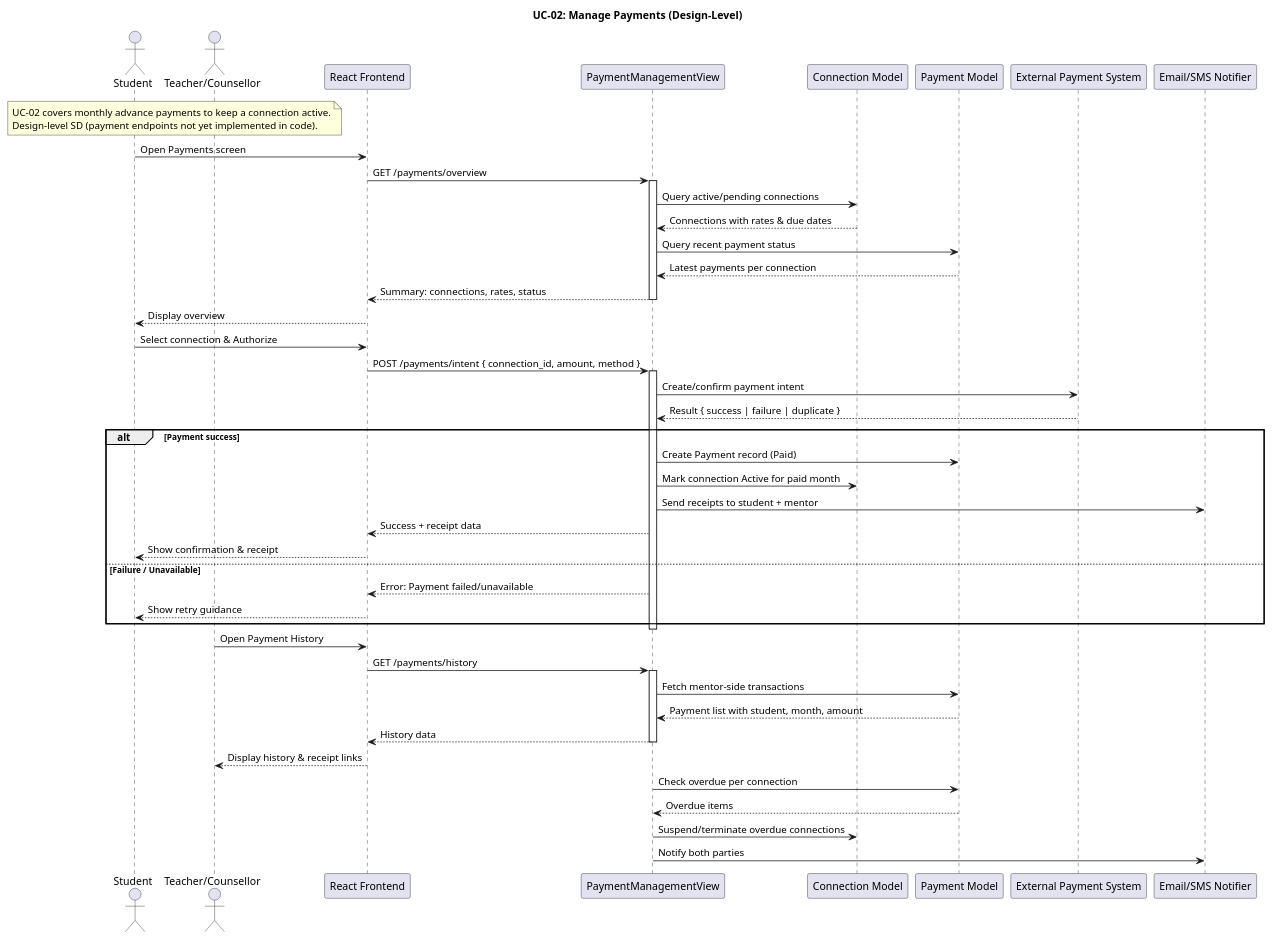
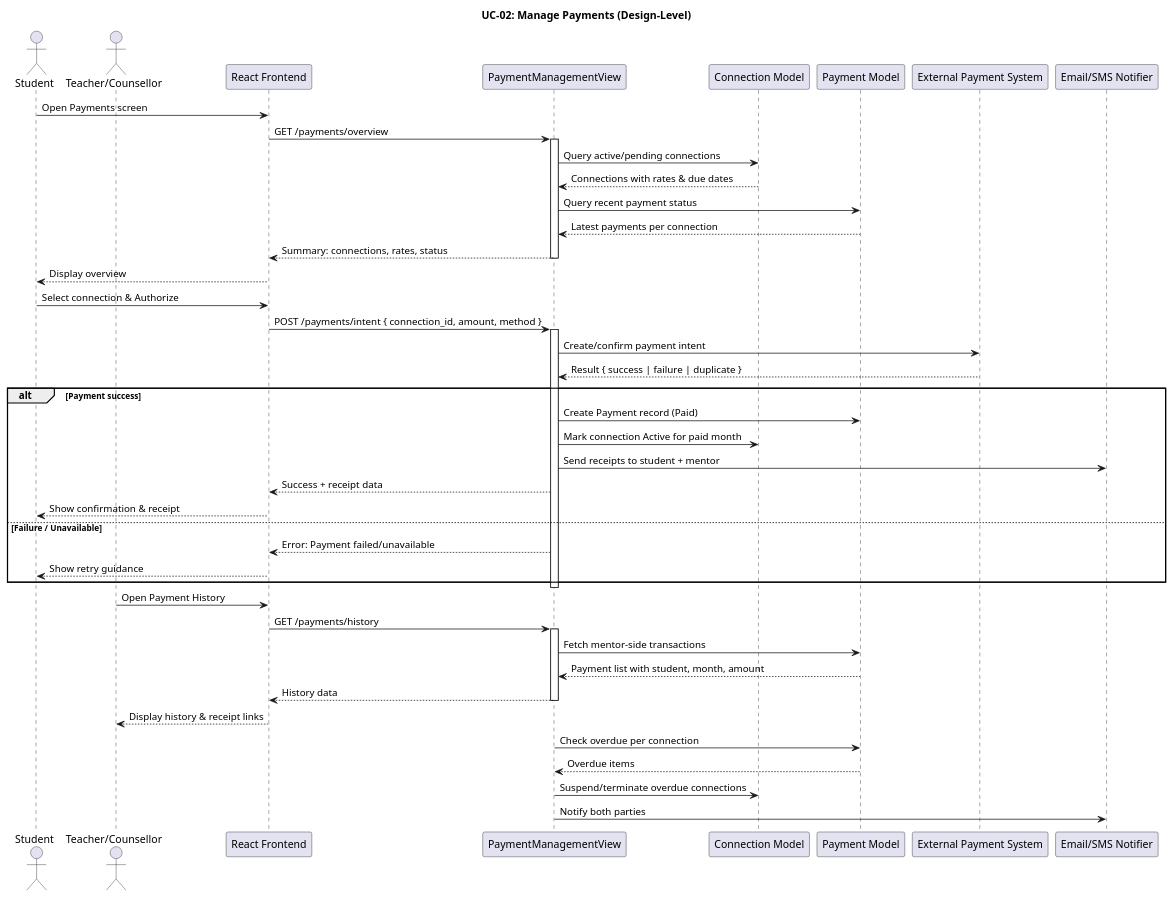
Before and after one commit to MMMustafakamran/SDs: the diagram in planttext/uc02-manage-payments.puml, drawn with PlantUML. The commit also changed 15 other files, not shown here.

```diff
--- a/planttext/uc02-manage-payments.puml
+++ b/planttext/uc02-manage-payments.puml
@@ -1,73 +1,69 @@
 @startuml
 title UC-02: Manage Payments (Design-Level)
 
 actor Student
 actor Mentor as "Teacher/Counsellor"
 participant Frontend as "React Frontend"
 participant PaymentView as "PaymentManagementView"
 participant Connection as "Connection Model"
 participant Payment as "Payment Model"
 participant PaymentSystem as "External Payment System"
 participant Notification as "Email/SMS Notifier"
 
-note over Student, Mentor
-UC-02 covers monthly advance payments to keep a connection active.
-Design-level SD (payment endpoints not yet implemented in code).
-end note
 
 '======================
 ' Student views payment overview
 '======================
 Student -> Frontend : Open Payments screen
 Frontend -> PaymentView : GET /payments/overview
 activate PaymentView
 PaymentView -> Connection : Query active/pending connections
 Connection --> PaymentView : Connections with rates & due dates
 PaymentView -> Payment : Query recent payment status
 Payment --> PaymentView : Latest payments per connection
 PaymentView --> Frontend : Summary: connections, rates, status
 deactivate PaymentView
 Frontend --> Student : Display overview
 
 '======================
 ' Select connection and authorize payment
 '======================
 Student -> Frontend : Select connection & Authorize
 Frontend -> PaymentView : POST /payments/intent { connection_id, amount, method }
 activate PaymentView
 PaymentView -> PaymentSystem : Create/confirm payment intent
 PaymentSystem --> PaymentView : Result { success | failure | duplicate }
 
 alt Payment success
     PaymentView -> Payment : Create Payment record (Paid)
     PaymentView -> Connection : Mark connection Active for paid month
     PaymentView -> Notification : Send receipts to student + mentor
     PaymentView --> Frontend : Success + receipt data
     Frontend --> Student : Show confirmation & receipt
 else Failure / Unavailable
     PaymentView --> Frontend : Error: Payment failed/unavailable
     Frontend --> Student : Show retry guidance
 end
 deactivate PaymentView
 
 '======================
 ' Mentor views payment history
 '======================
 Mentor -> Frontend : Open Payment History
 Frontend -> PaymentView : GET /payments/history
 activate PaymentView
 PaymentView -> Payment : Fetch mentor-side transactions
 Payment --> PaymentView : Payment list with student, month, amount
 PaymentView --> Frontend : History data
 deactivate PaymentView
 Frontend --> Mentor : Display history & receipt links
 
 '======================
 ' Automated overdue handling (system-initiated)
 '======================
 PaymentView -> Payment : Check overdue per connection
 Payment --> PaymentView : Overdue items
 PaymentView -> Connection : Suspend/terminate overdue connections
 PaymentView -> Notification : Notify both parties
 
 @enduml
```
